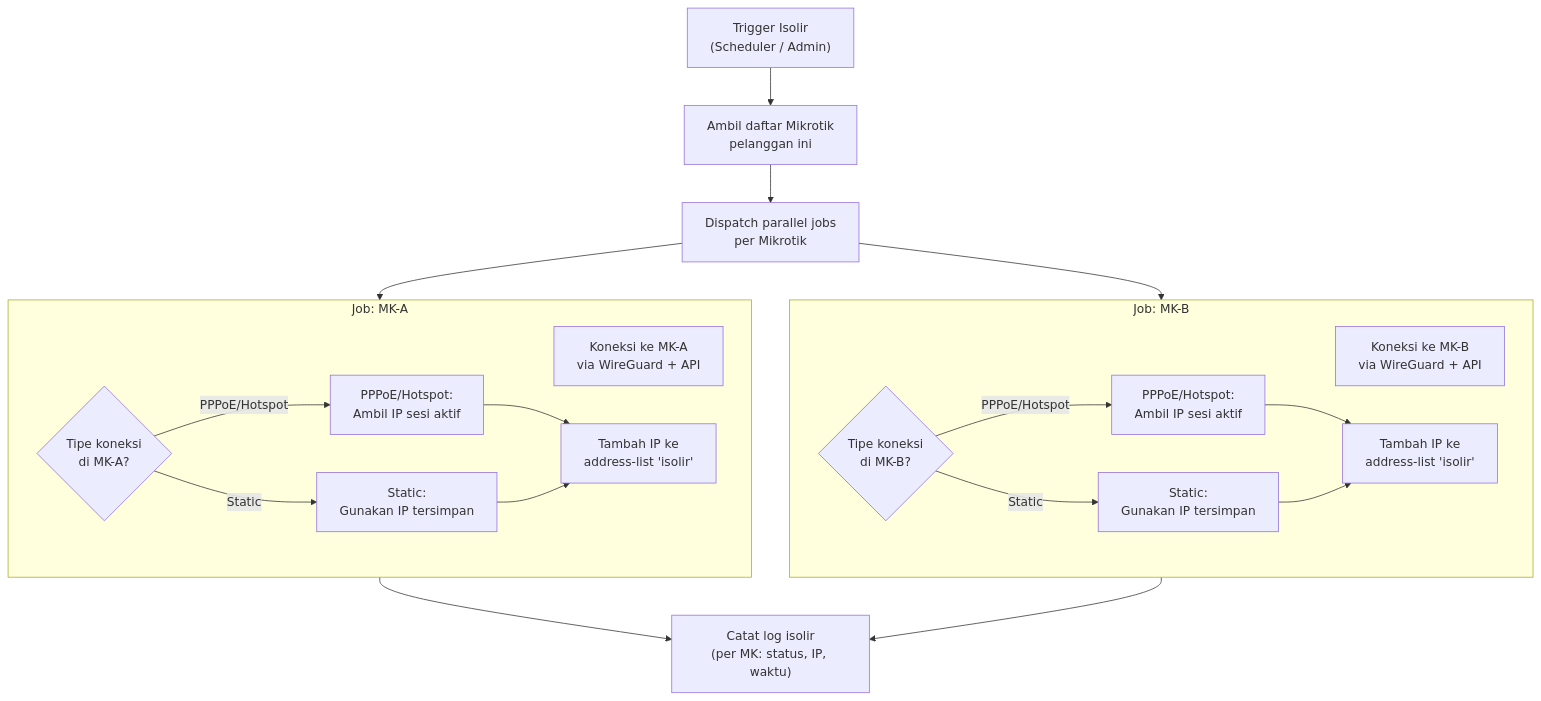
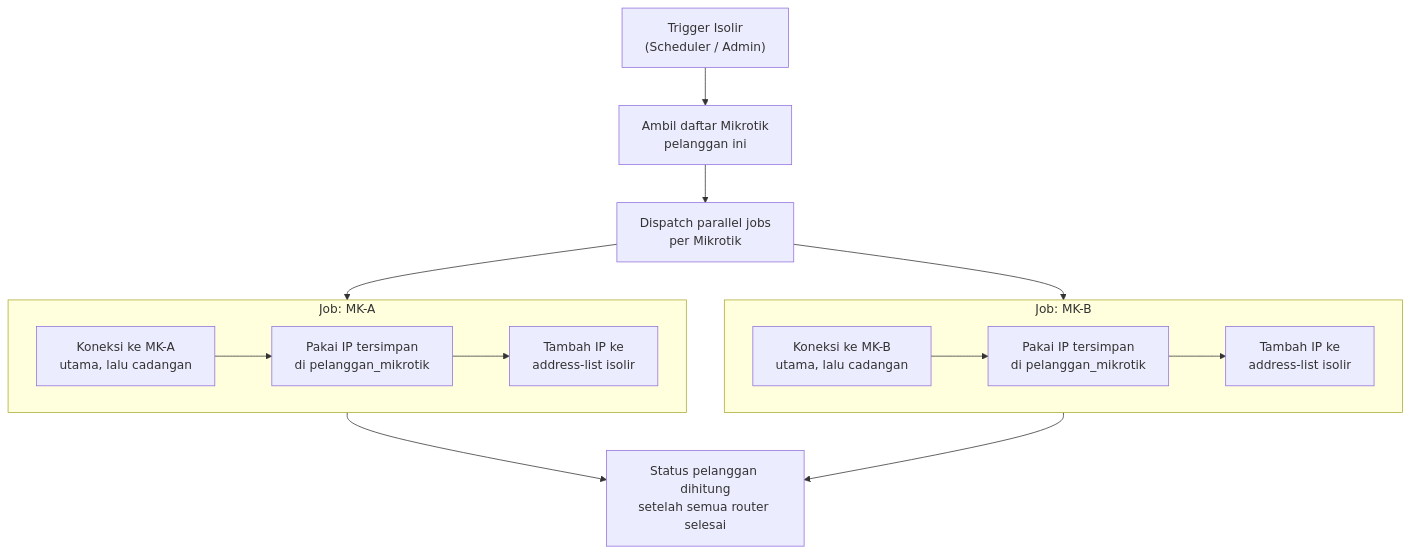
One commit to revroger007/billing-isp-v2 changed the second of 16 diagrams in docs/cara-kerja.md. Above: the diagram before and after it, drawn with Mermaid. The commit also changed other lines of this file and 4 other files, not shown here.

````diff
--- a/docs/cara-kerja.md
+++ b/docs/cara-kerja.md
@@ -166,32 +168,26 @@
 ```mermaid
 flowchart TD
     A["Trigger Isolir\n(Scheduler / Admin)"]
     B["Ambil daftar Mikrotik\npelanggan ini"]
     C["Dispatch parallel jobs\nper Mikrotik"]
 
     subgraph JOB1["Job: MK-A"]
-        D1["Koneksi ke MK-A\nvia WireGuard + API"]
-        E1{"Tipe koneksi\ndi MK-A?"}
-        F1["PPPoE/Hotspot:\nAmbil IP sesi aktif"]
-        G1["Static:\nGunakan IP tersimpan"]
-        H1["Tambah IP ke\naddress-list 'isolir'"]
+        D1["Koneksi ke MK-A\nutama, lalu cadangan"]
+        G1["Pakai IP tersimpan\ndi pelanggan_mikrotik"]
+        H1["Tambah IP ke\naddress-list isolir"]
     end
 
     subgraph JOB2["Job: MK-B"]
-        D2["Koneksi ke MK-B\nvia WireGuard + API"]
-        E2{"Tipe koneksi\ndi MK-B?"}
-        F2["PPPoE/Hotspot:\nAmbil IP sesi aktif"]
-        G2["Static:\nGunakan IP tersimpan"]
-        H2["Tambah IP ke\naddress-list 'isolir'"]
+        D2["Koneksi ke MK-B\nutama, lalu cadangan"]
+        G2["Pakai IP tersimpan\ndi pelanggan_mikrotik"]
+        H2["Tambah IP ke\naddress-list isolir"]
     end
 
-    LOG["Catat log isolir\n(per MK: status, IP, waktu)"]
+    LOG["Status pelanggan dihitung\nsetelah semua router selesai"]
 
     A --> B --> C
     C --> JOB1 & JOB2
-    E1 -->|PPPoE/Hotspot| F1 --> H1
-    E1 -->|Static| G1 --> H1
-    E2 -->|PPPoE/Hotspot| F2 --> H2
-    E2 -->|Static| G2 --> H2
+    D1 --> G1 --> H1
+    D2 --> G2 --> H2
     JOB1 & JOB2 --> LOG
 ```
````
